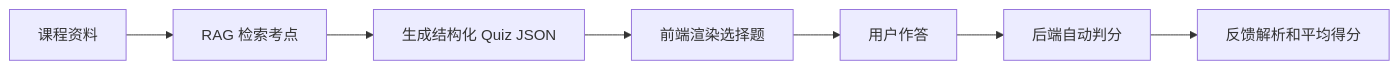
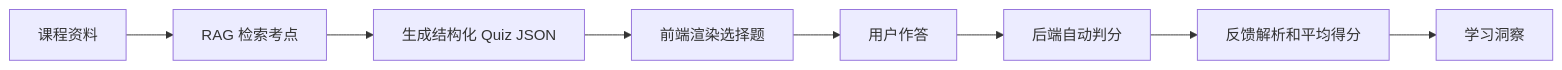
The fourth of 5 diagrams in docs/architecture.md (lc114548274-pixel/campusmind-ai-study-assistant), drawn with Mermaid before and after one commit. The commit also changed other lines of this file and 6 other files, not shown here.

````diff
--- a/docs/architecture.md
+++ b/docs/architecture.md
@@ -51,9 +87,10 @@
 ```mermaid
 flowchart LR
   A["课程资料"] --> B["RAG 检索考点"]
   B --> C["生成结构化 Quiz JSON"]
   C --> D["前端渲染选择题"]
   D --> E["用户作答"]
   E --> F["后端自动判分"]
   F --> G["反馈解析和平均得分"]
+  G --> H["学习洞察"]
 ```
````
